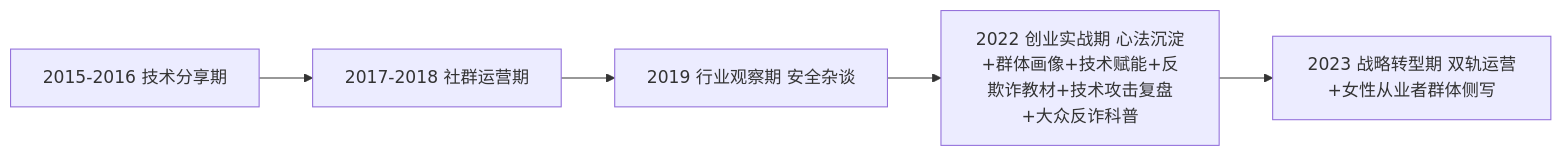
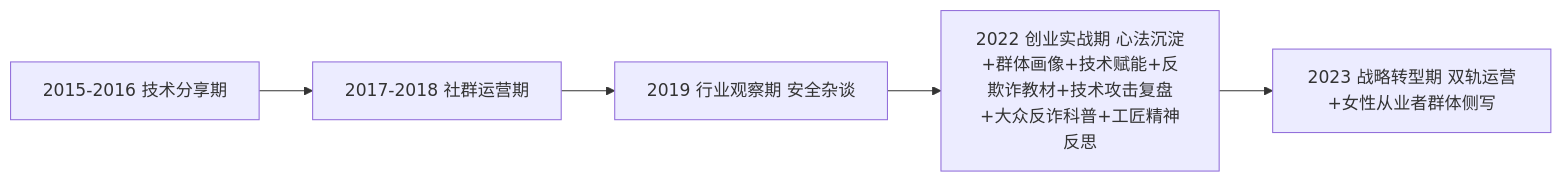
The diagram in pages/301-zai-lushang-wechat-archive-201508-202208.md (OpenDocCN1/sec-llm-wiki), drawn with Mermaid before and after one commit. The commit also changed other lines of this file and 4 other files, not shown here.

````diff
--- a/pages/301-zai-lushang-wechat-archive-201508-202208.md
+++ b/pages/301-zai-lushang-wechat-archive-201508-202208.md
@@ -361,7 +399,7 @@
 ```mermaid
 graph LR
 A[2015-2016 技术分享期] --> B[2017-2018 社群运营期]
 B --> C[2019 行业观察期 安全杂谈]
-C --> D[2022 创业实战期 心法沉淀+群体画像+技术赋能+反欺诈教材+技术攻击复盘+大众反诈科普]
+C --> D[2022 创业实战期 心法沉淀+群体画像+技术赋能+反欺诈教材+技术攻击复盘+大众反诈科普+工匠精神反思]
 D --> E[2023 战略转型期 双轨运营+女性从业者群体侧写]
 ```
````
